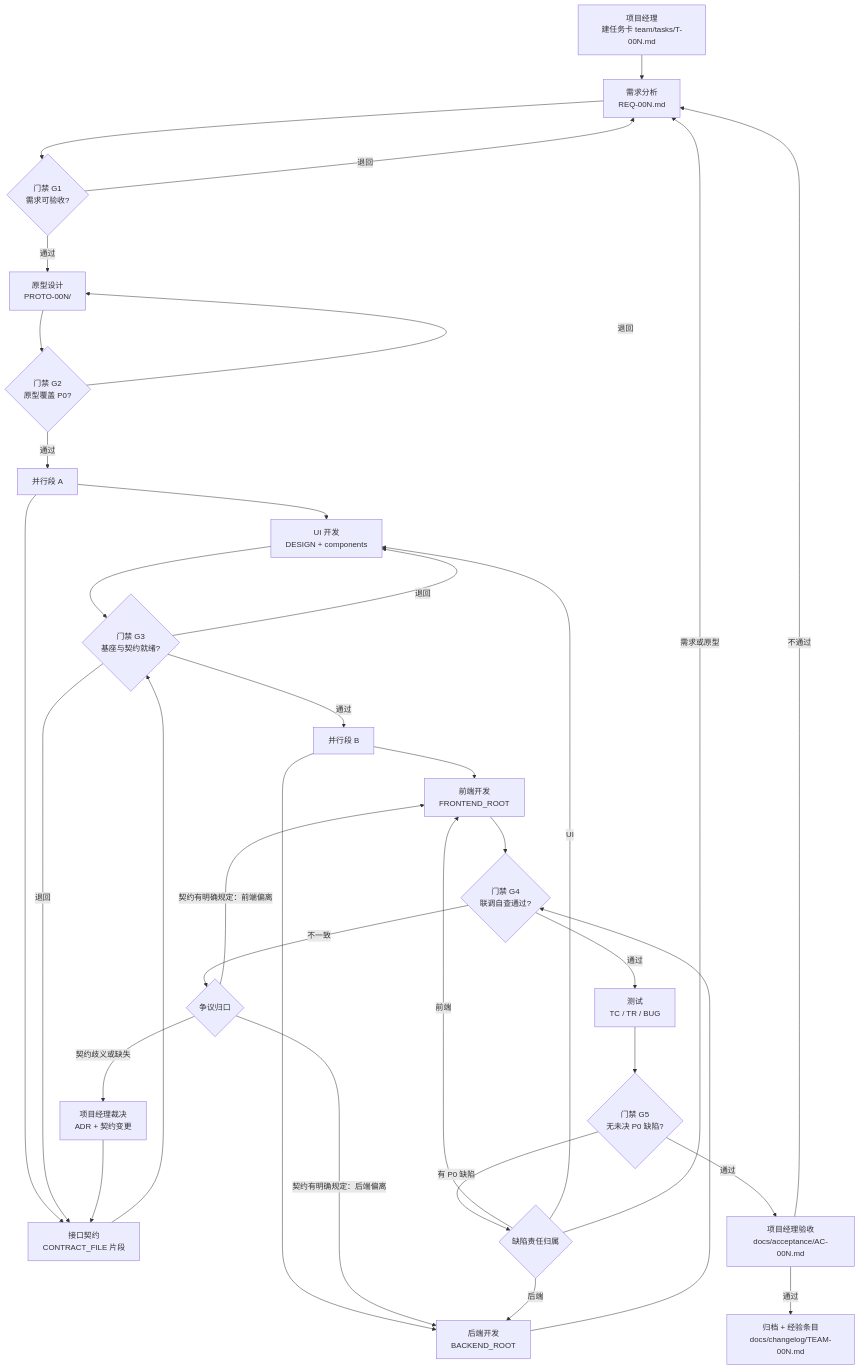
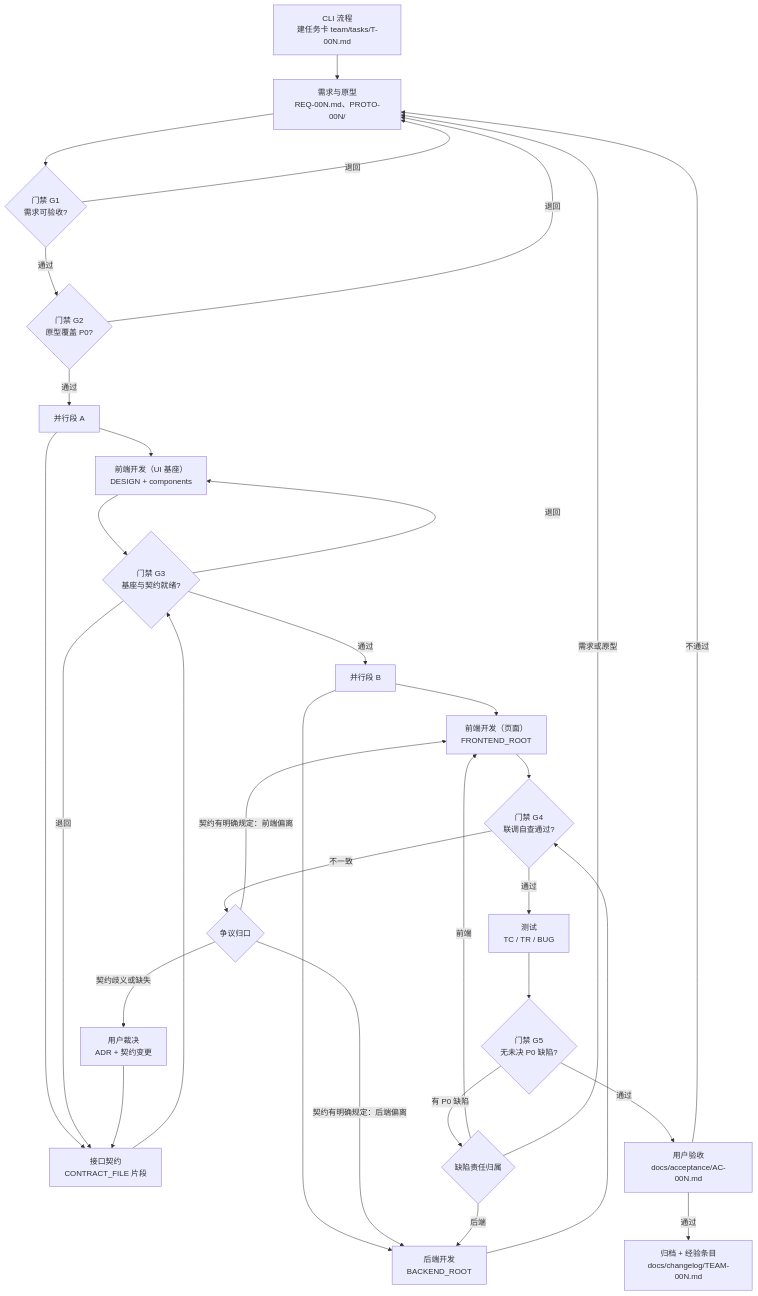
Before and after one commit to heaxen/AgentTeam: the first of 2 diagrams in AI开发团队角色与协作流程.md, drawn with Mermaid. The commit also changed other lines of this file and 29 other files, not shown here.

````diff
--- a/AI开发团队角色与协作流程.md
+++ b/AI开发团队角色与协作流程.md
@@ -328,41 +284,38 @@
 ```mermaid
 flowchart TD
-    PM0["项目经理<br/>建任务卡 team/tasks/T-00N.md"] --> R1["需求分析<br/>REQ-00N.md"]
+    FLOW0["CLI 流程<br/>建任务卡 team/tasks/T-00N.md"] --> R1["需求与原型<br/>REQ-00N.md、PROTO-00N/"]
     R1 --> G1{"门禁 G1<br/>需求可验收?"}
     G1 -->|退回| R1
-    G1 -->|通过| R2["原型设计<br/>PROTO-00N/"]
-
-    R2 --> G2{"门禁 G2<br/>原型覆盖 P0?"}
-    G2 -->|退回| R2
+    G1 -->|通过| G2{"门禁 G2<br/>原型覆盖 P0?"}
+    G2 -->|退回| R1
     G2 -->|通过| PAR1["并行段 A"]
 
-    PAR1 --> UI["UI 开发<br/>DESIGN + components"]
+    PAR1 --> UI["前端开发（UI 基座）<br/>DESIGN + components"]
     PAR1 --> API["接口契约<br/>CONTRACT_FILE 片段"]
 
     UI --> G3{"门禁 G3<br/>基座与契约就绪?"}
     API --> G3
     G3 -->|退回| UI
     G3 -->|退回| API
 
     G3 -->|通过| PAR2["并行段 B"]
-    PAR2 --> FE["前端开发<br/>FRONTEND_ROOT"]
+    PAR2 --> FE["前端开发（页面）<br/>FRONTEND_ROOT"]
     PAR2 --> BE["后端开发<br/>BACKEND_ROOT"]
 
     FE --> G4{"门禁 G4<br/>联调自查通过?"}
     BE --> G4
     G4 -->|不一致| CON{"争议归口"}
     CON -->|契约有明确规定：前端偏离| FE
     CON -->|契约有明确规定：后端偏离| BE
-    CON -->|契约歧义或缺失| PM1["项目经理裁决<br/>ADR + 契约变更"] --> API
+    CON -->|契约歧义或缺失| FLOW1["用户裁决<br/>ADR + 契约变更"] --> API
 
     G4 -->|通过| T["测试<br/>TC / TR / BUG"]
     T --> G5{"门禁 G5<br/>无未决 P0 缺陷?"}
     G5 -->|有 P0 缺陷| BUGD{"缺陷责任归属"}
     BUGD -->|前端| FE
     BUGD -->|后端| BE
-    BUGD -->|UI| UI
     BUGD -->|需求或原型| R1
-    G5 -->|通过| ACC["项目经理验收<br/>docs/acceptance/AC-00N.md"]
+    G5 -->|通过| ACC["用户验收<br/>docs/acceptance/AC-00N.md"]
     ACC -->|不通过| R1
     ACC -->|通过| DONE["归档 + 经验条目<br/>docs/changelog/TEAM-00N.md"]
 ```
````
